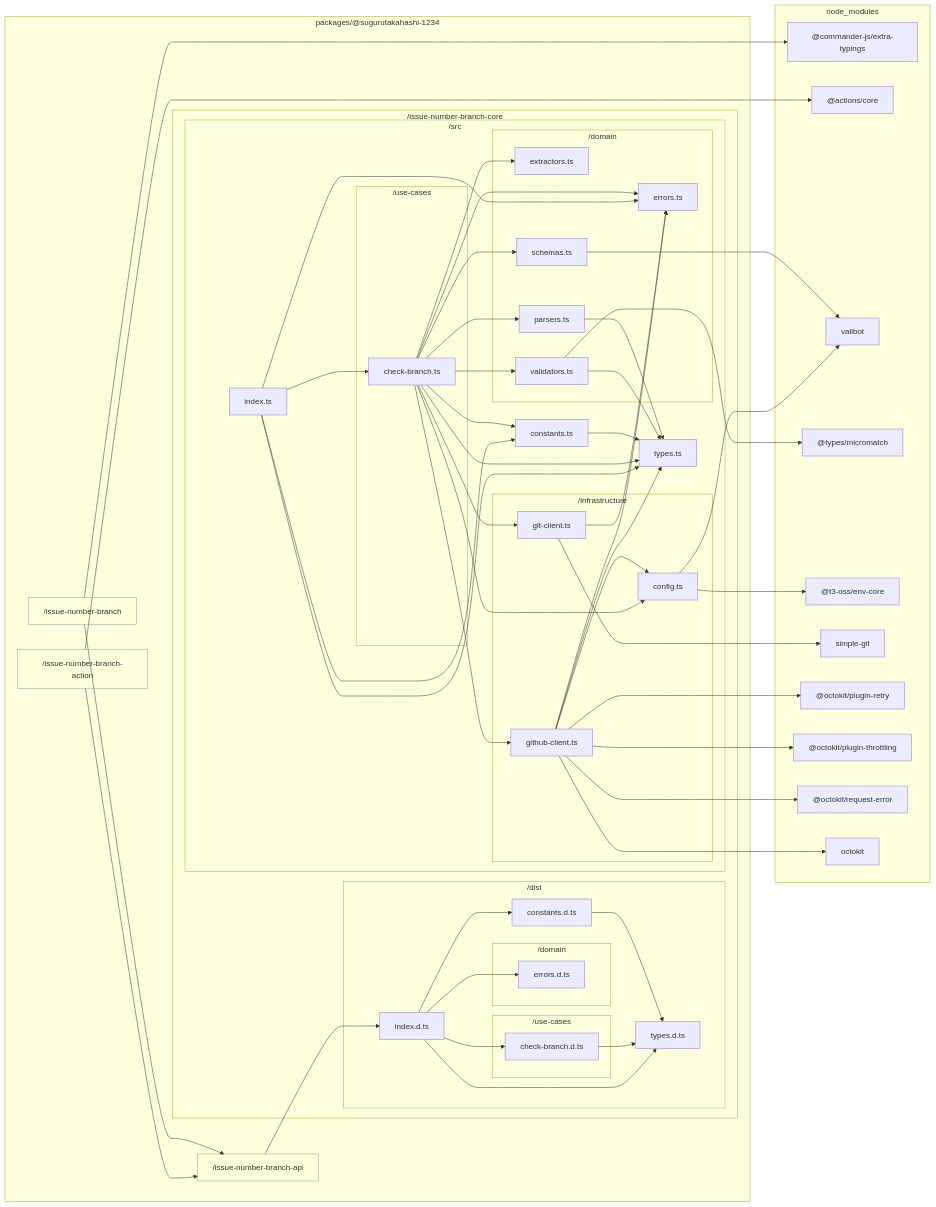
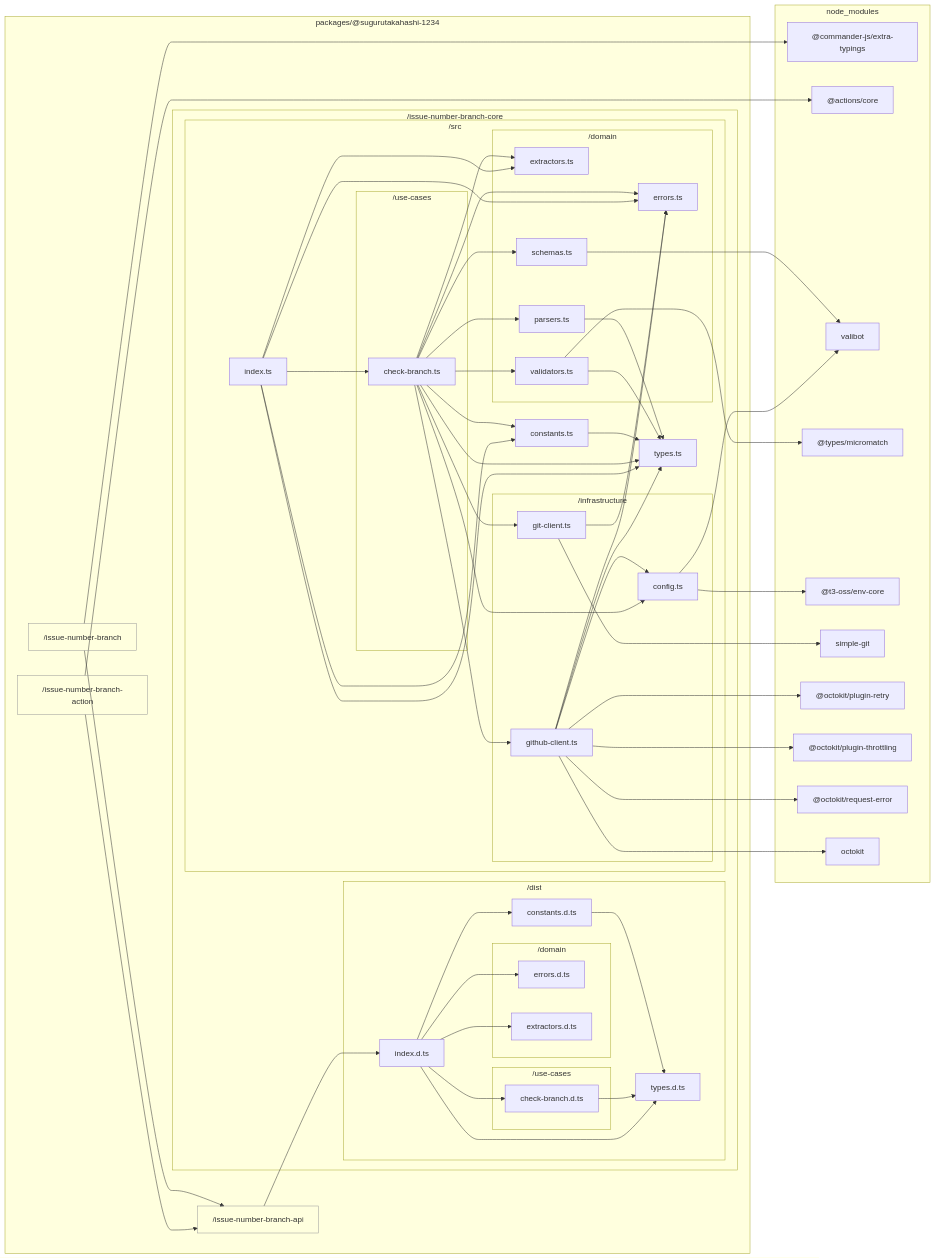
One commit to sugurutakahashi-1234/issue-linker changed the diagram in docs/reports/dependencies/core.md. Above: the diagram before and after it, drawn with Mermaid. The commit also changed 11 other files, not shown here.

First line of the commit message:
feat: enhance issue number extraction and improve CI workflows

````diff
--- a/docs/reports/dependencies/core.md
+++ b/docs/reports/dependencies/core.md
@@ -18,6 +18,7 @@
                 packages///sugurutakahashi//1234/issue//number//branch//core/dist/index.d.ts["index.d.ts"]
                 subgraph packages///sugurutakahashi//1234/issue//number//branch//core/dist/domain["/domain"]
                     packages///sugurutakahashi//1234/issue//number//branch//core/dist/domain/errors.d.ts["errors.d.ts"]
+                    packages///sugurutakahashi//1234/issue//number//branch//core/dist/domain/extractors.d.ts["extractors.d.ts"]
                 end
                 subgraph packages///sugurutakahashi//1234/issue//number//branch//core/dist/use//cases["/use-cases"]
                     packages///sugurutakahashi//1234/issue//number//branch//core/dist/use//cases/check//branch.d.ts["check-branch.d.ts"]
@@ -61,6 +62,7 @@
     packages///sugurutakahashi//1234/issue//number//branch//core/dist/use//cases/check//branch.d.ts-->packages///sugurutakahashi//1234/issue//number//branch//core/dist/types.d.ts
     packages///sugurutakahashi//1234/issue//number//branch//core/dist/index.d.ts-->packages///sugurutakahashi//1234/issue//number//branch//core/dist/constants.d.ts
     packages///sugurutakahashi//1234/issue//number//branch//core/dist/index.d.ts-->packages///sugurutakahashi//1234/issue//number//branch//core/dist/domain/errors.d.ts
+    packages///sugurutakahashi//1234/issue//number//branch//core/dist/index.d.ts-->packages///sugurutakahashi//1234/issue//number//branch//core/dist/domain/extractors.d.ts
     packages///sugurutakahashi//1234/issue//number//branch//core/dist/index.d.ts-->packages///sugurutakahashi//1234/issue//number//branch//core/dist/types.d.ts
     packages///sugurutakahashi//1234/issue//number//branch//core/dist/index.d.ts-->packages///sugurutakahashi//1234/issue//number//branch//core/dist/use//cases/check//branch.d.ts
     packages///sugurutakahashi//1234/issue//number//branch//api-->packages///sugurutakahashi//1234/issue//number//branch//core/dist/index.d.ts
@@ -96,6 +98,7 @@
     packages///sugurutakahashi//1234/issue//number//branch//core/src/use//cases/check//branch.ts-->packages///sugurutakahashi//1234/issue//number//branch//core/src/types.ts
     packages///sugurutakahashi//1234/issue//number//branch//core/src/index.ts-->packages///sugurutakahashi//1234/issue//number//branch//core/src/constants.ts
     packages///sugurutakahashi//1234/issue//number//branch//core/src/index.ts-->packages///sugurutakahashi//1234/issue//number//branch//core/src/domain/errors.ts
+    packages///sugurutakahashi//1234/issue//number//branch//core/src/index.ts-->packages///sugurutakahashi//1234/issue//number//branch//core/src/domain/extractors.ts
     packages///sugurutakahashi//1234/issue//number//branch//core/src/index.ts-->packages///sugurutakahashi//1234/issue//number//branch//core/src/types.ts
     packages///sugurutakahashi//1234/issue//number//branch//core/src/index.ts-->packages///sugurutakahashi//1234/issue//number//branch//core/src/use//cases/check//branch.ts
 ```
````
